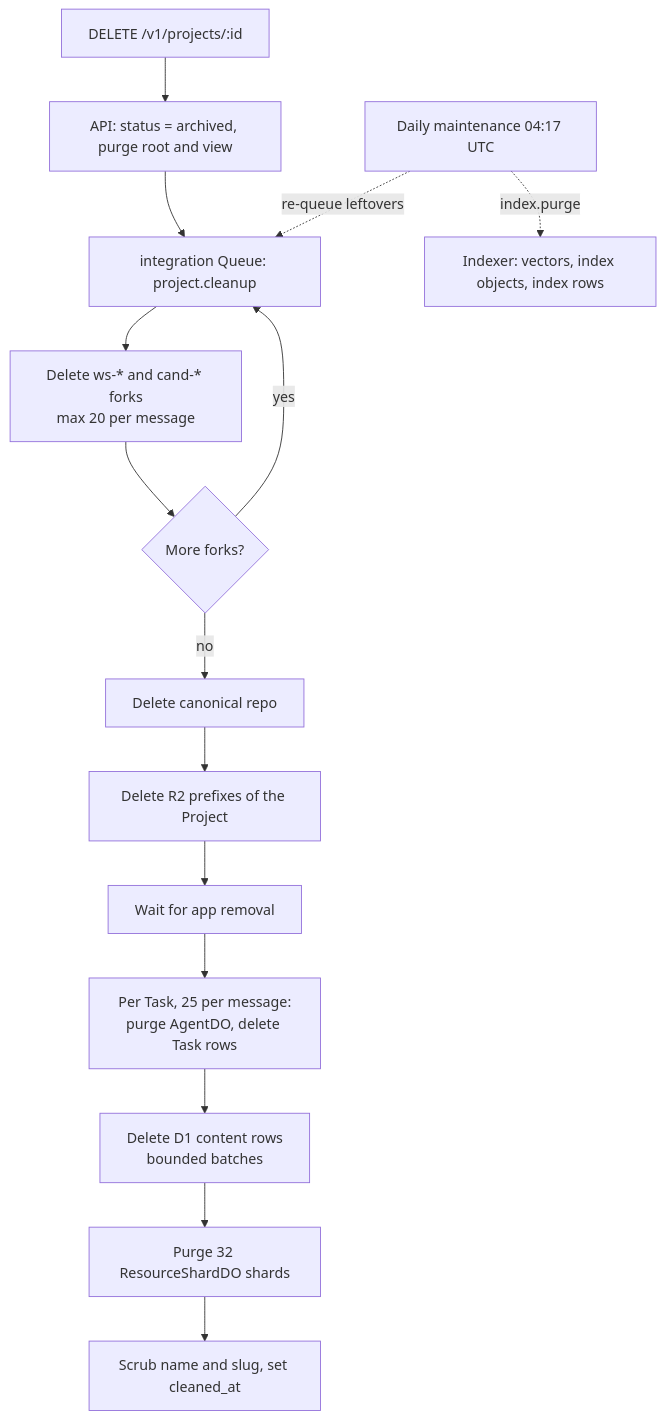
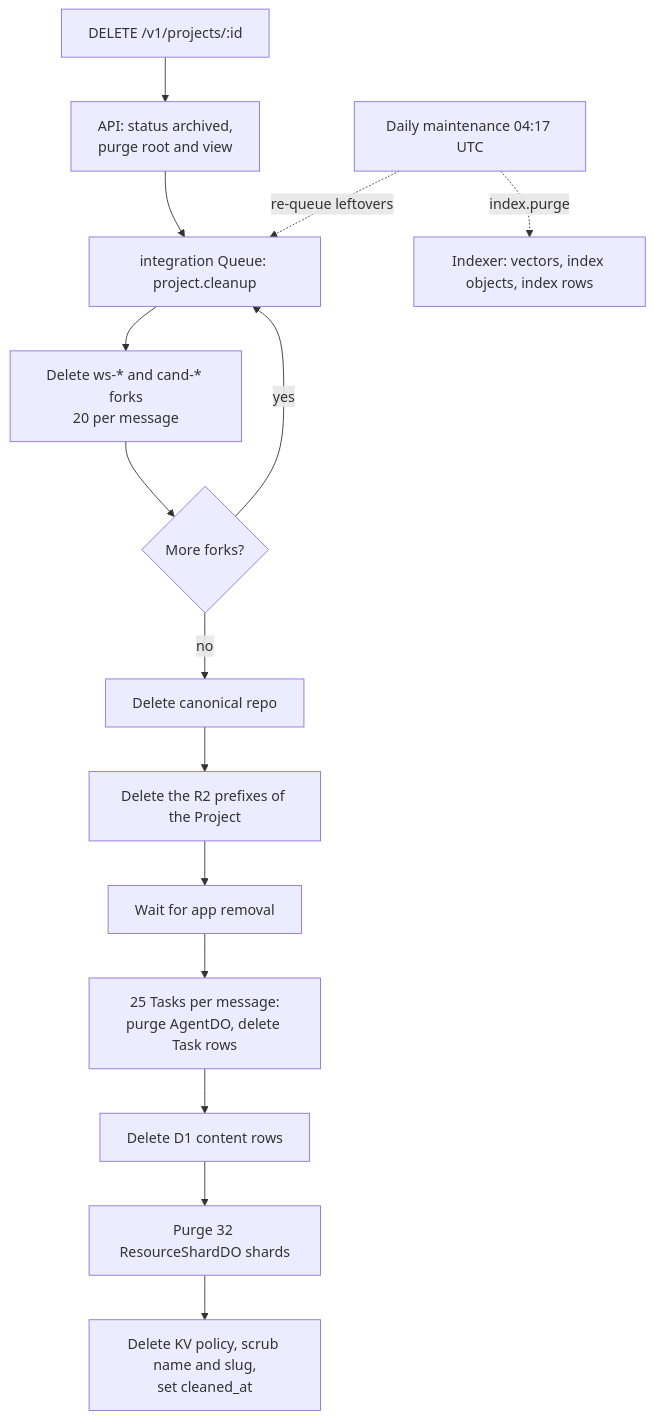
Before and after one commit to nsudhanva/rhumbatron: the diagram in docs/operations/cleanup.md, drawn with Mermaid. The commit also changed other lines of this file and 47 other files, not shown here.

````diff
--- a/docs/operations/cleanup.md
+++ b/docs/operations/cleanup.md
@@ -43,17 +29,17 @@
 ```mermaid
 flowchart TB
-  del[DELETE /v1/projects/:id] --> arch[API: status = archived, purge root and view]
+  del[DELETE /v1/projects/:id] --> arch[API: status archived,<br/>purge root and view]
   arch --> q[integration Queue: project.cleanup]
-  q --> f[Delete ws-* and cand-* forks<br/>max 20 per message]
+  q --> f[Delete ws-* and cand-* forks<br/>20 per message]
   f --> more{More forks?}
   more -->|yes| q
   more -->|no| canon[Delete canonical repo]
-  canon --> r2[Delete R2 prefixes of the Project]
+  canon --> r2[Delete the R2 prefixes of the Project]
   r2 --> apps[Wait for app removal]
-  apps --> tasks[Per Task, 25 per message:<br/>purge AgentDO, delete Task rows]
-  tasks --> d1[Delete D1 content rows<br/>bounded batches]
+  apps --> tasks[25 Tasks per message:<br/>purge AgentDO, delete Task rows]
+  tasks --> d1[Delete D1 content rows]
   d1 --> shards[Purge 32 ResourceShardDO shards]
-  shards --> done[Scrub name and slug, set cleaned_at]
+  shards --> done[Delete KV policy, scrub name and slug,<br/>set cleaned_at]
   cron[Daily maintenance 04:17 UTC] -.->|re-queue leftovers| q
   cron -.->|index.purge| idx[Indexer: vectors, index objects, index rows]
 ```
````
